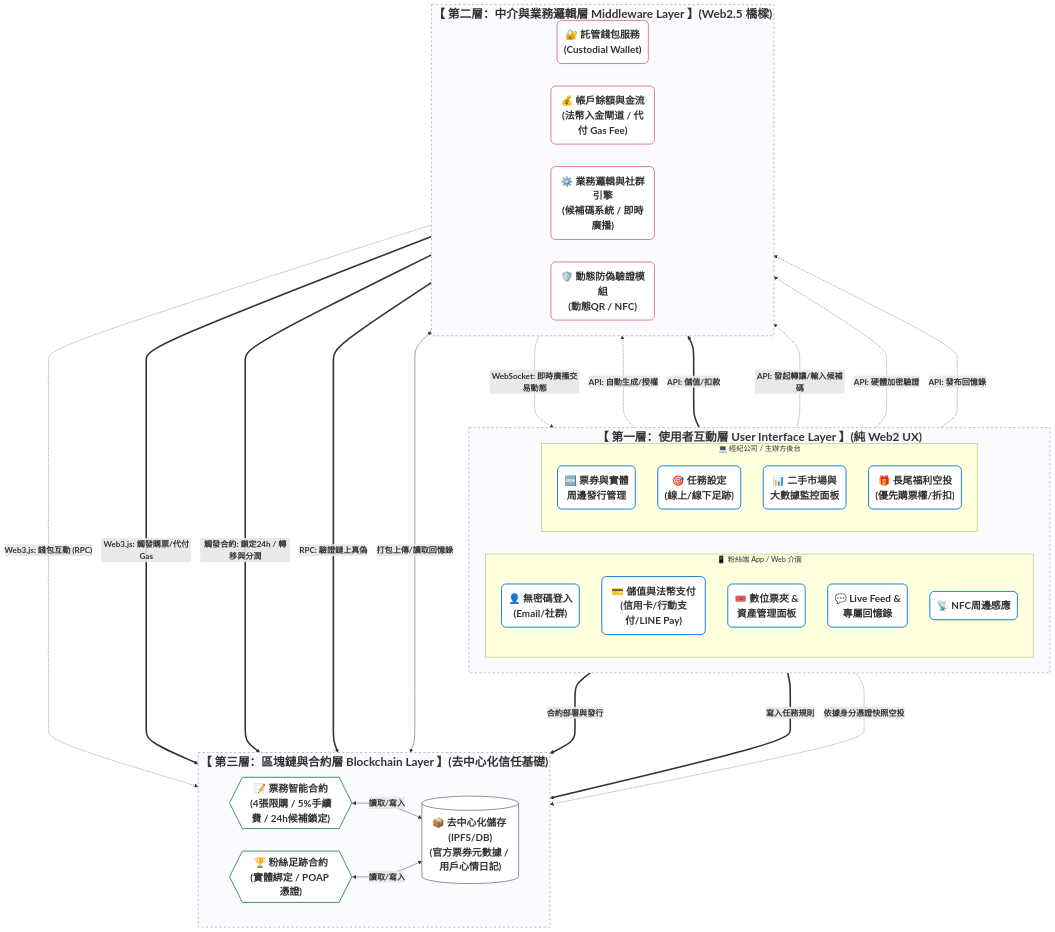
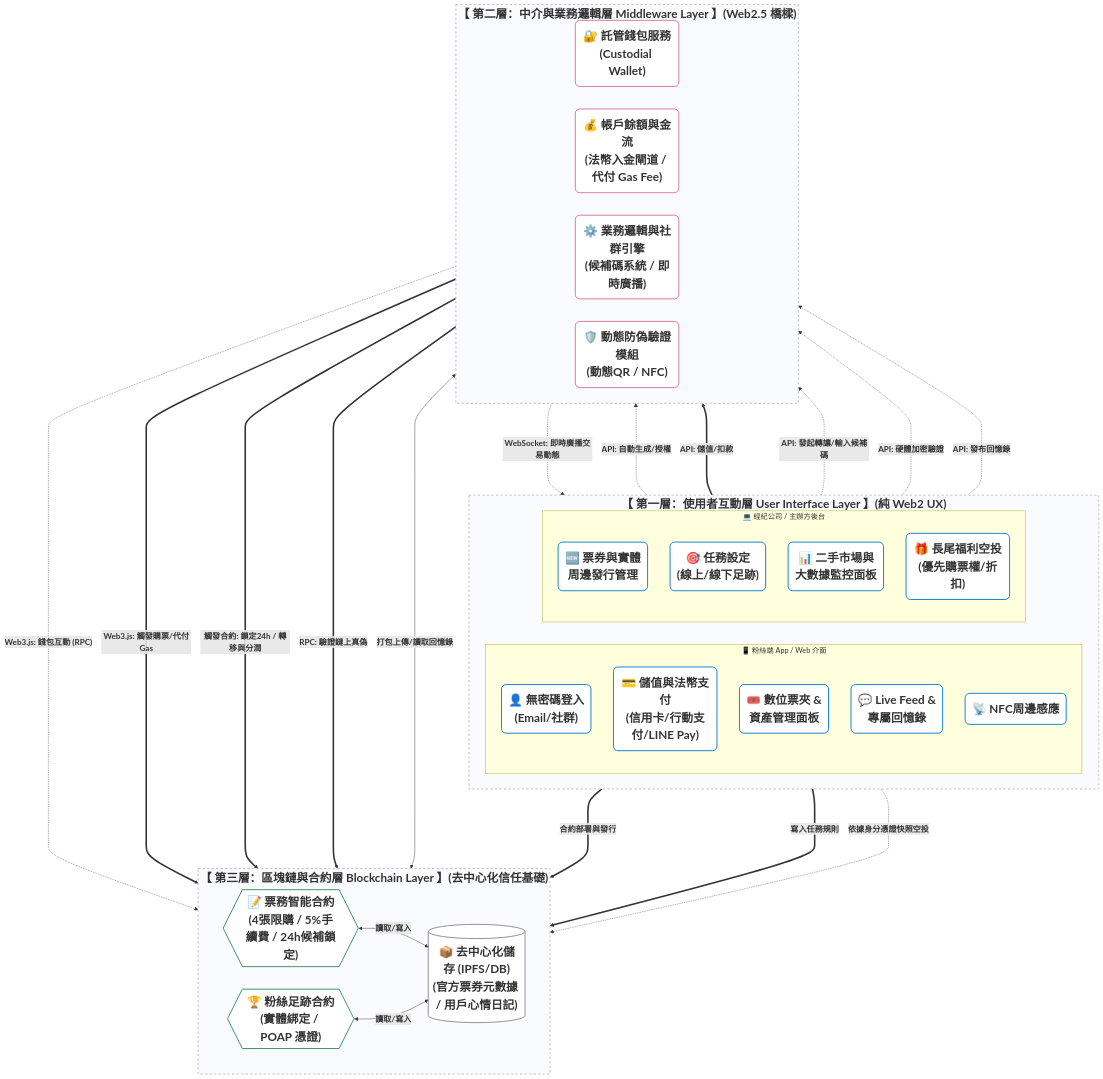
The diagram in New system architecture diagram.md (zhuang147/Blockchain-fan-economy-document), drawn with Mermaid before and after one commit.

Commit message:
Update New system architecture diagram.md

```diff
--- a/New system architecture diagram.md
+++ b/New system architecture diagram.md
@@ -3,11 +3,11 @@
     %% 全域設定：將連線上的文字大幅放大並加粗
     linkStyle default font-size:18px, font-weight:bold;
 
-    %% 定義顏色與樣式 (字體全面放大至 22px)
-    classDef uiNode fill:#ffffff,stroke:#007acc,stroke-width:2px,color:#333333,rx:10,ry:10,font-size:22px,font-weight:bold
-    classDef midNode fill:#ffffff,stroke:#db7093,stroke-width:2px,color:#333333,rx:10,ry:10,font-size:22px,font-weight:bold
-    classDef blockNode fill:#ffffff,stroke:#2e8b57,stroke-width:2px,color:#333333,rx:10,ry:10,font-size:22px,font-weight:bold
-    classDef storageNode fill:#ffffff,stroke:#888888,stroke-width:2px,color:#333333,rx:10,ry:10,font-size:22px,font-weight:bold
+    %% 定義顏色與樣式 (字體全面放大至 26px)
+    classDef uiNode fill:#ffffff,stroke:#007acc,stroke-width:2px,color:#333333,rx:10,ry:10,font-size:26px,font-weight:bold
+    classDef midNode fill:#ffffff,stroke:#db7093,stroke-width:2px,color:#333333,rx:10,ry:10,font-size:26px,font-weight:bold
+    classDef blockNode fill:#ffffff,stroke:#2e8b57,stroke-width:2px,color:#333333,rx:10,ry:10,font-size:26px,font-weight:bold
+    classDef storageNode fill:#ffffff,stroke:#888888,stroke-width:2px,color:#333333,rx:10,ry:10,font-size:26px,font-weight:bold
     
     %% 外層標題樣式 (字體放大至 26px)
     classDef layerStyle fill:#f9fbff,stroke:#bbbbbb,stroke-width:2px,stroke-dasharray: 5 5,font-size:26px,font-weight:bold
```
